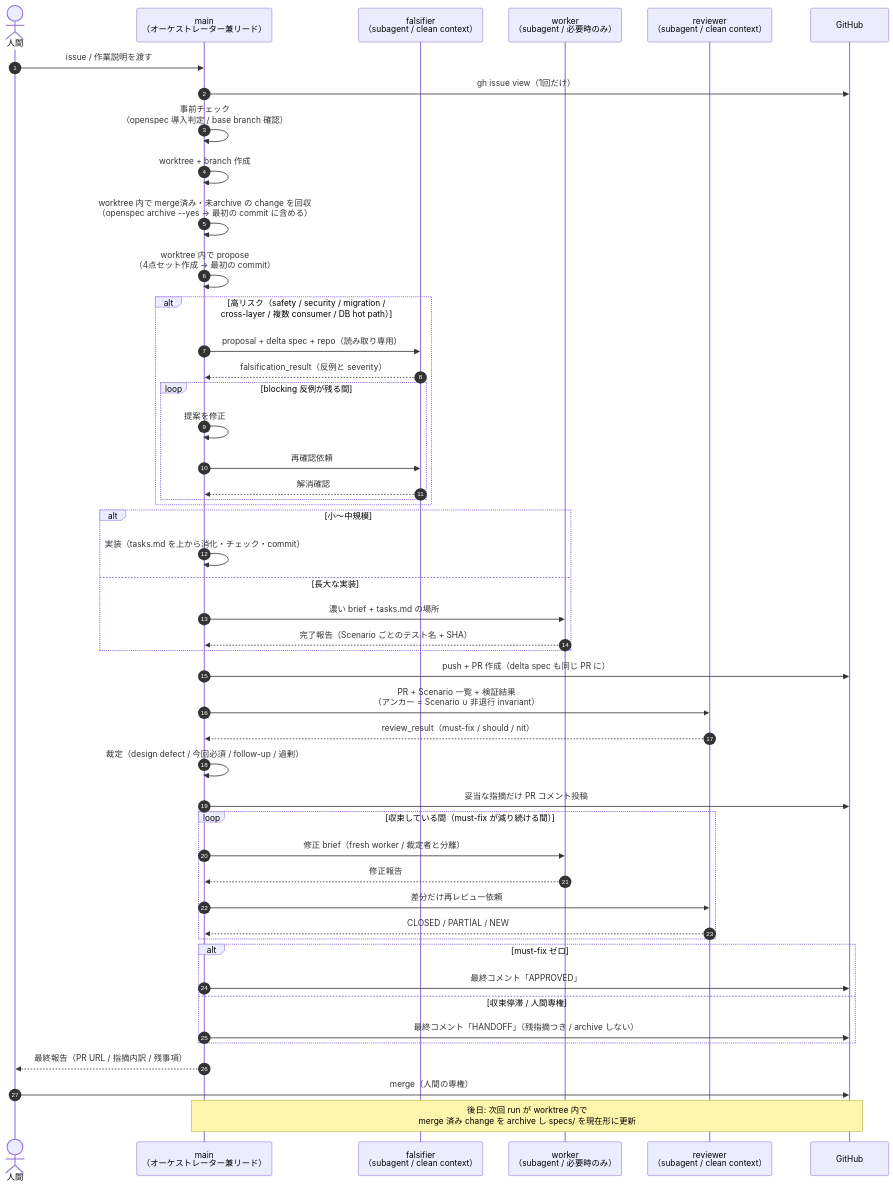
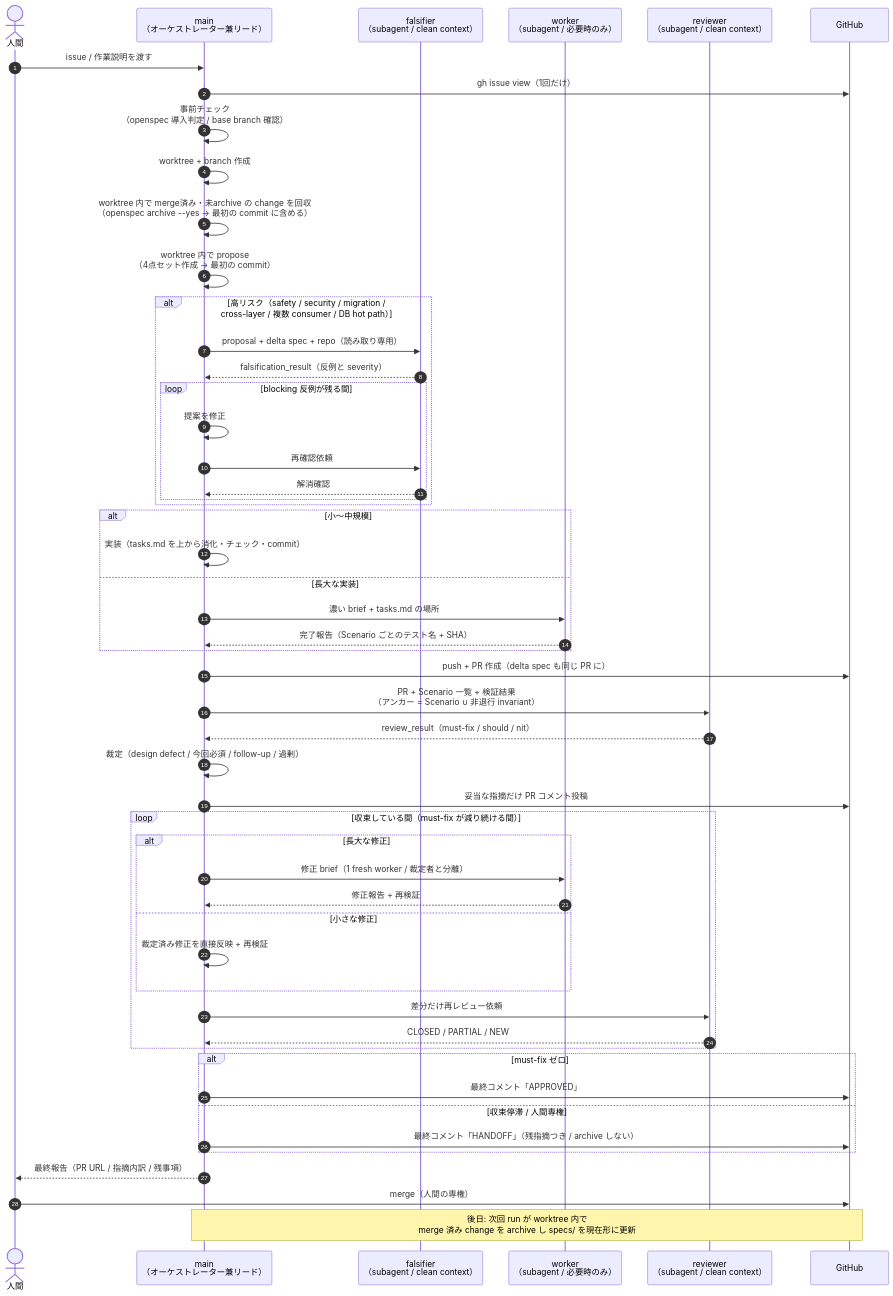
Before and after one commit to matsumo0922/Agents: the diagram in skills/issue-pr-autopilot/README.md, drawn with Mermaid. The commit also changed other lines of this file and 3 other files, not shown here.

````diff
--- a/skills/issue-pr-autopilot/README.md
+++ b/skills/issue-pr-autopilot/README.md
@@ -24,59 +24,63 @@
 ```mermaid
 sequenceDiagram
     autonumber
     actor User as 人間
     participant Main as main<br/>（オーケストレーター兼リード）
     participant Fal as falsifier<br/>（subagent / clean context）
     participant Wkr as worker<br/>（subagent / 必要時のみ）
     participant Rev as reviewer<br/>（subagent / clean context）
     participant GH as GitHub
 
     User->>Main: issue / 作業説明を渡す
     Main->>GH: gh issue view（1回だけ）
     Main->>Main: 事前チェック<br/>（openspec 導入判定 / base branch 確認）
     Main->>Main: worktree + branch 作成
     Main->>Main: worktree 内で merge済み・未archive の change を回収<br/>（openspec archive --yes → 最初の commit に含める）
     Main->>Main: worktree 内で propose<br/>（4点セット作成 → 最初の commit）
 
     alt 高リスク（safety / security / migration /<br/>cross-layer / 複数 consumer / DB hot path）
         Main->>Fal: proposal + delta spec + repo（読み取り専用）
         Fal-->>Main: falsification_result（反例と severity）
         loop blocking 反例が残る間
             Main->>Main: 提案を修正
             Main->>Fal: 再確認依頼
             Fal-->>Main: 解消確認
         end
     end
 
     alt 小〜中規模
         Main->>Main: 実装（tasks.md を上から消化・チェック・commit）
     else 長大な実装
         Main->>Wkr: 濃い brief + tasks.md の場所
         Wkr-->>Main: 完了報告（Scenario ごとのテスト名 + SHA）
     end
 
     Main->>GH: push + PR 作成（delta spec も同じ PR に）
 
     Main->>Rev: PR + Scenario 一覧 + 検証結果<br/>（アンカー = Scenario ∪ 非退行 invariant）
     Rev-->>Main: review_result（must-fix / should / nit）
     Main->>Main: 裁定（design defect / 今回必須 / follow-up / 過剰）
     Main->>GH: 妥当な指摘だけ PR コメント投稿
 
     loop 収束している間（must-fix が減り続ける間）
-        Main->>Wkr: 修正 brief（fresh worker / 裁定者と分離）
-        Wkr-->>Main: 修正報告
+        alt 長大な修正
+            Main->>Wkr: 修正 brief（1 fresh worker / 裁定者と分離）
+            Wkr-->>Main: 修正報告 + 再検証
+        else 小さな修正
+            Main->>Main: 裁定済み修正を直接反映 + 再検証
+        end
         Main->>Rev: 差分だけ再レビュー依頼
         Rev-->>Main: CLOSED / PARTIAL / NEW
     end
 
     alt must-fix ゼロ
         Main->>GH: 最終コメント「APPROVED」
     else 収束停滞 / 人間専権
         Main->>GH: 最終コメント「HANDOFF」（残指摘つき / archive しない）
     end
 
     Main-->>User: 最終報告（PR URL / 指摘内訳 / 残事項）
     User->>GH: merge（人間の専権）
 
     Note over Main,GH: 後日: 次回 run が worktree 内で<br/>merge 済み change を archive し specs/ を現在形に更新
 ```
````
